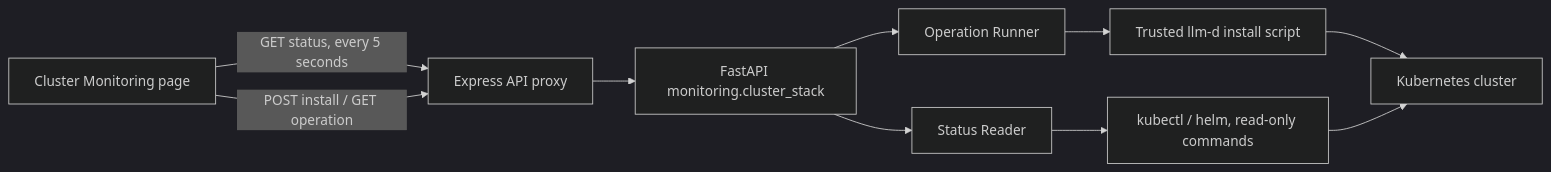
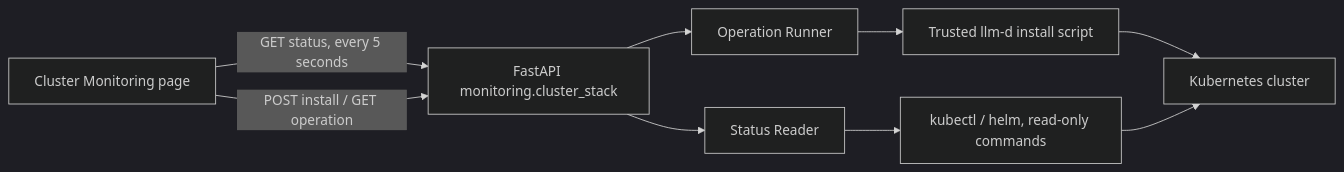
The first of 4 diagrams in docs/design/observability-design.md (WenjiaoYue/llm-d-lens), drawn with Mermaid (dark theme) before and after one commit. The commit also changed other lines of this file and 166 other files, not shown here.

````diff
--- a/docs/design/observability-design.md
+++ b/docs/design/observability-design.md
@@ -66,12 +66,11 @@
 ```mermaid
 flowchart LR
-    UI[Cluster Monitoring page] -->|GET status, every 5 seconds| BFF[Express API proxy]
-    UI -->|POST install / GET operation| BFF
-    BFF --> API[FastAPI monitoring.cluster_stack]
+    UI[Cluster Monitoring page] -->|GET status, every 5 seconds| API[FastAPI monitoring.cluster_stack]
+    UI -->|POST install / GET operation| API
     API --> SR[Status Reader]
     API --> OR[Operation Runner]
     SR --> K[kubectl / helm, read-only commands]
     OR --> S[Trusted llm-d install script]
     S --> C[Kubernetes cluster]
     K --> C
 ```
````
